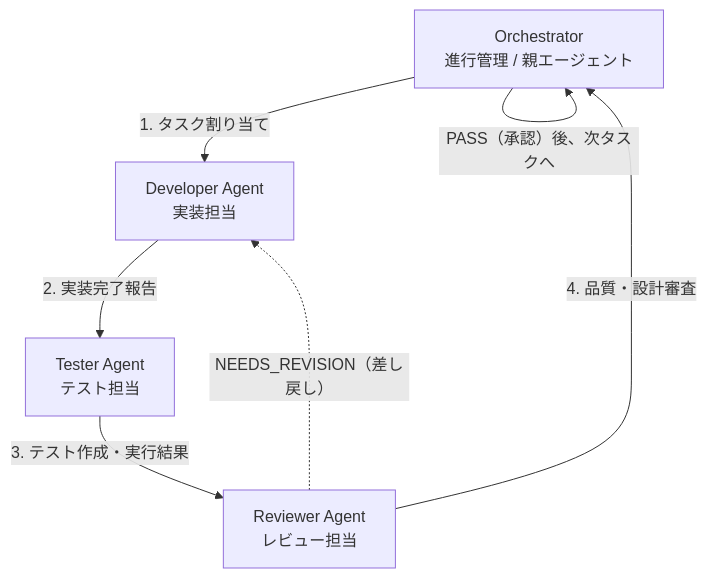
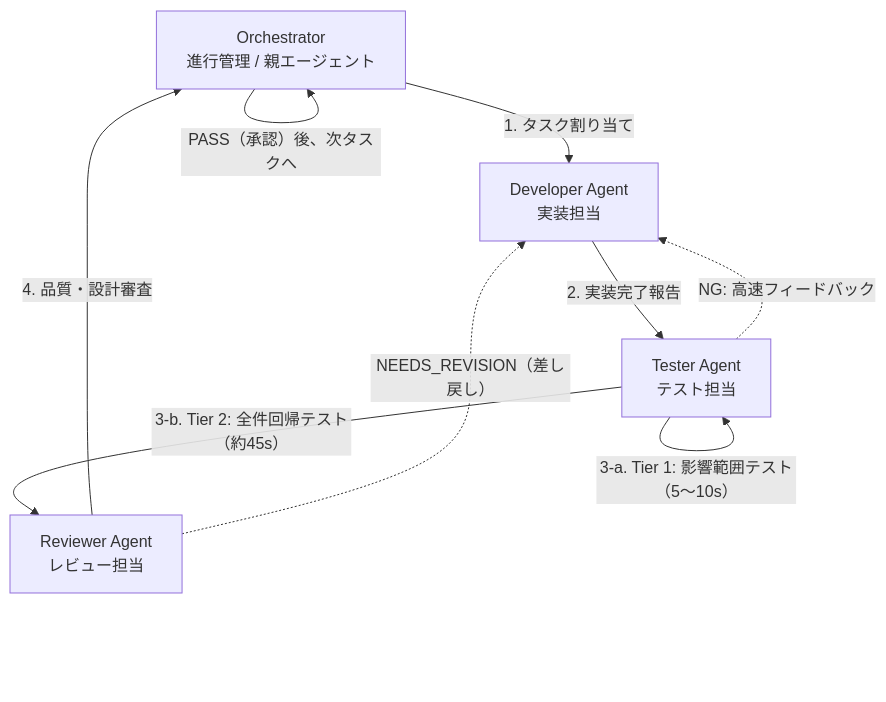
The diagram in AGENTS.md (yutakalv77/MusicLibraryManager), drawn with Mermaid before and after one commit. The commit also changed other lines of this file and 74 other files, not shown here.

````diff
--- a/AGENTS.md
+++ b/AGENTS.md
@@ -11,15 +11,17 @@
 ```mermaid
 flowchart TD
     Orch[Orchestrator<br>進行管理 / 親エージェント]
     Dev[Developer Agent<br>実装担当]
     Test[Tester Agent<br>テスト担当]
     Rev[Reviewer Agent<br>レビュー担当]
 
     Orch -->|1. タスク割り当て| Dev
     Dev -->|2. 実装完了報告| Test
-    Test -->|3. テスト作成・実行結果| Rev
+    Test -->|3-a. Tier 1: 影響範囲テスト（5〜10s）| Test
+    Test -.->|NG: 高速フィードバック| Dev
+    Test -->|3-b. Tier 2: 全件回帰テスト（約45s）| Rev
     Rev -->|4. 品質・設計審査| Orch
 
     Rev -.->|NEEDS_REVISION（差し戻し）| Dev
     Orch -->|PASS（承認）後、次タスクへ| Orch
 ```
````
